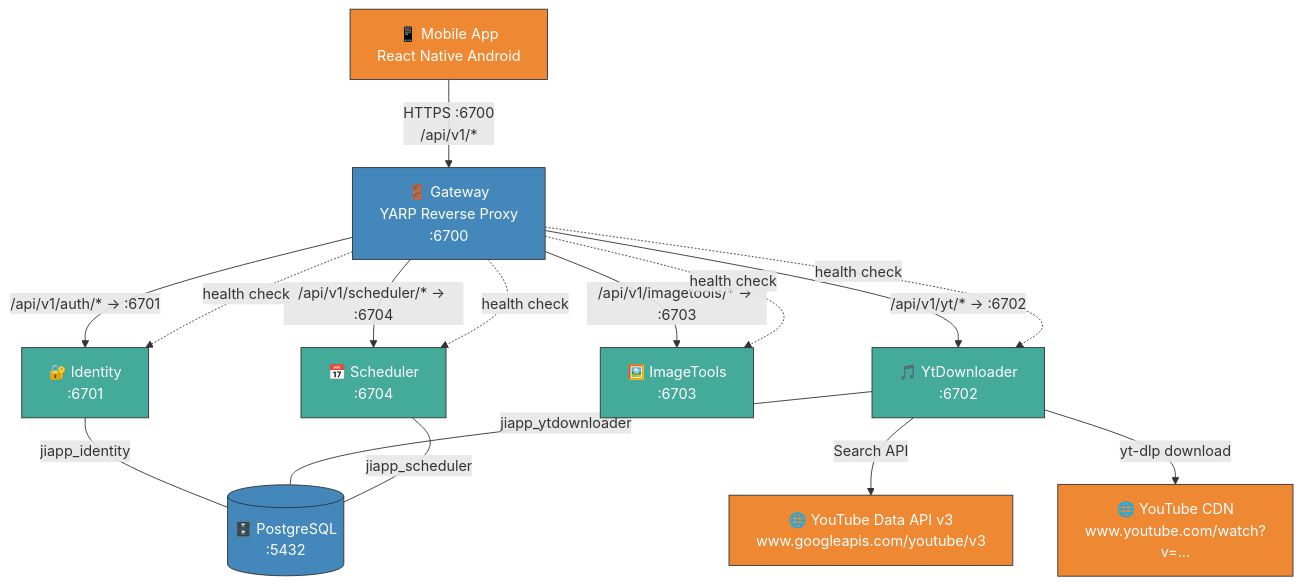
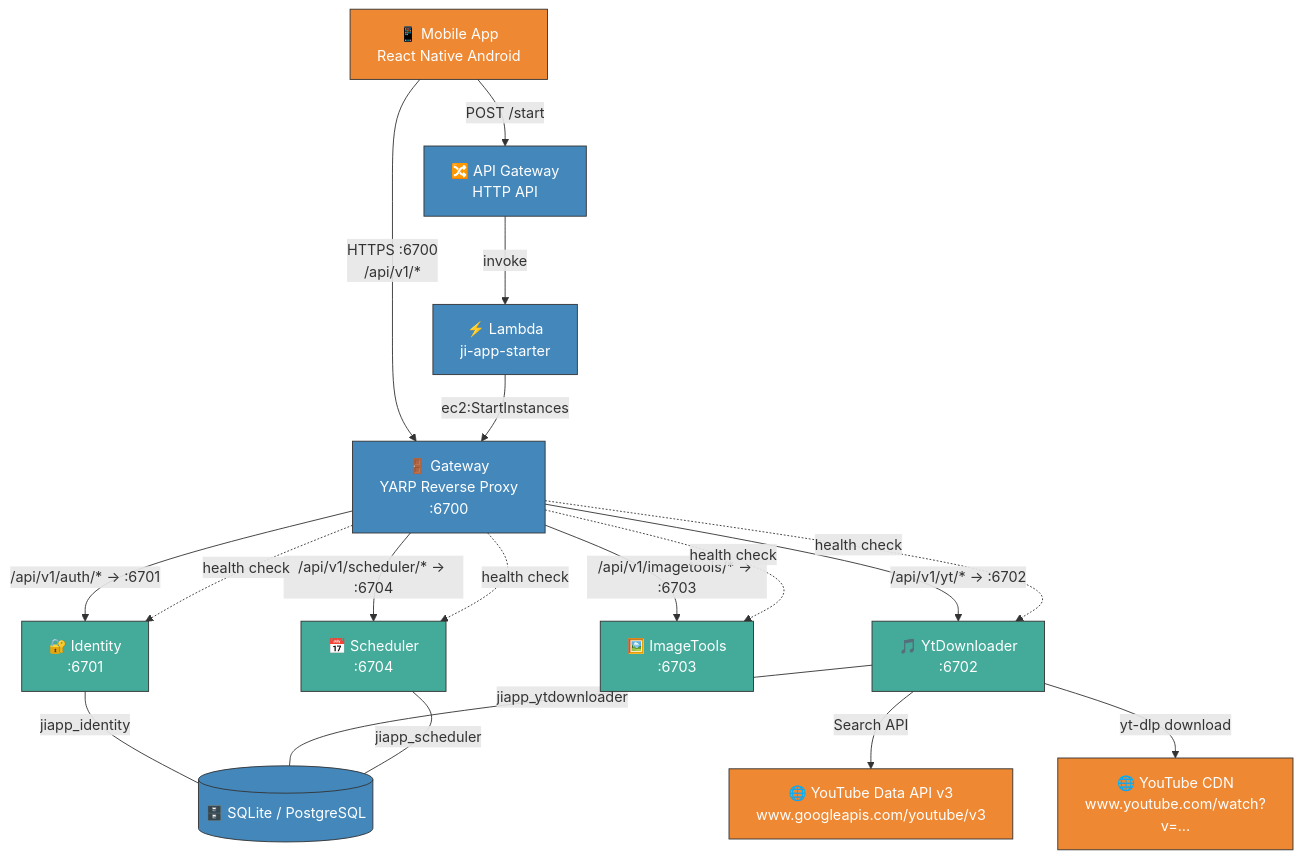
The diagram in URLS.md (JakubIwicki/JiApp), drawn with Mermaid before and after one commit. The commit also changed other lines of this file and 37 other files, not shown here.

First line of the commit message:
feat: AWS deployment — Phases 1-2 (infra IaC + app changes) (#8)

````diff
--- a/URLS.md
+++ b/URLS.md
@@ -9,49 +9,56 @@
 ```mermaid
 graph TD
     %% External
     Mobile["📱 Mobile App<br/>React Native Android"]
     YouTube["🌐 YouTube Data API v3<br/>www.googleapis.com/youtube/v3"]
     YtDlp["🌐 YouTube CDN<br/>www.youtube.com/watch?v=..."]
 
-    %% Infrastructure
-    PG[("🗄️ PostgreSQL<br/>:5432")]
+    %% Infrastructure (production uses SQLite, dev uses SQLite or PostgreSQL)
+    DB[("🗄️ SQLite / PostgreSQL<br/>")]
     GW["🚪 Gateway<br/>YARP Reverse Proxy<br/>:6700"]
+    Lambda["⚡ Lambda<br/>ji-app-starter"]
+    APIGW["🔀 API Gateway<br/>HTTP API"]
 
     %% Services
     ID["🔐 Identity<br/>:6701"]
     YT["🎵 YtDownloader<br/>:6702"]
     IMG["🖼️ ImageTools<br/>:6703"]
     SCH["📅 Scheduler<br/>:6704"]
 
     %% Mobile → Gateway
     Mobile -->|"HTTPS :6700<br/>/api/v1/*"| GW
 
     %% Gateway → Downstream (YARP routes)
     GW -->|"/api/v1/auth/* → :6701"| ID
     GW -->|"/api/v1/yt/* → :6702"| YT
     GW -->|"/api/v1/imagetools/* → :6703"| IMG
     GW -->|"/api/v1/scheduler/* → :6704"| SCH
 
     %% Gateway health probes
     GW -.->|"health check"| ID
     GW -.->|"health check"| YT
     GW -.->|"health check"| IMG
     GW -.->|"health check"| SCH
 
     %% Service → DB
-    ID ---|"jiapp_identity"| PG
-    YT ---|"jiapp_ytdownloader"| PG
-    SCH ---|"jiapp_scheduler"| PG
+    ID ---|"jiapp_identity"| DB
+    YT ---|"jiapp_ytdownloader"| DB
+    SCH ---|"jiapp_scheduler"| DB
+
+    %% Wake-up flow (production)
+    Mobile -->|"POST /start"| APIGW
+    APIGW -->|"invoke"| Lambda
+    Lambda -->|"ec2:StartInstances"| GW
 
     %% External calls
     YT -->|"Search API"| YouTube
     YT -->|"yt-dlp download"| YtDlp
 
     %% Styling
     classDef live fill:#4a9,stroke:#333,color:#fff
     classDef infra fill:#48b,stroke:#333,color:#fff
     classDef external fill:#e83,stroke:#333,color:#fff
     class GW,ID,YT,IMG,SCH live
-    class PG,GW infra
+    class DB,GW,Lambda,APIGW infra
     class YouTube,YtDlp,Mobile external
 ```
````
